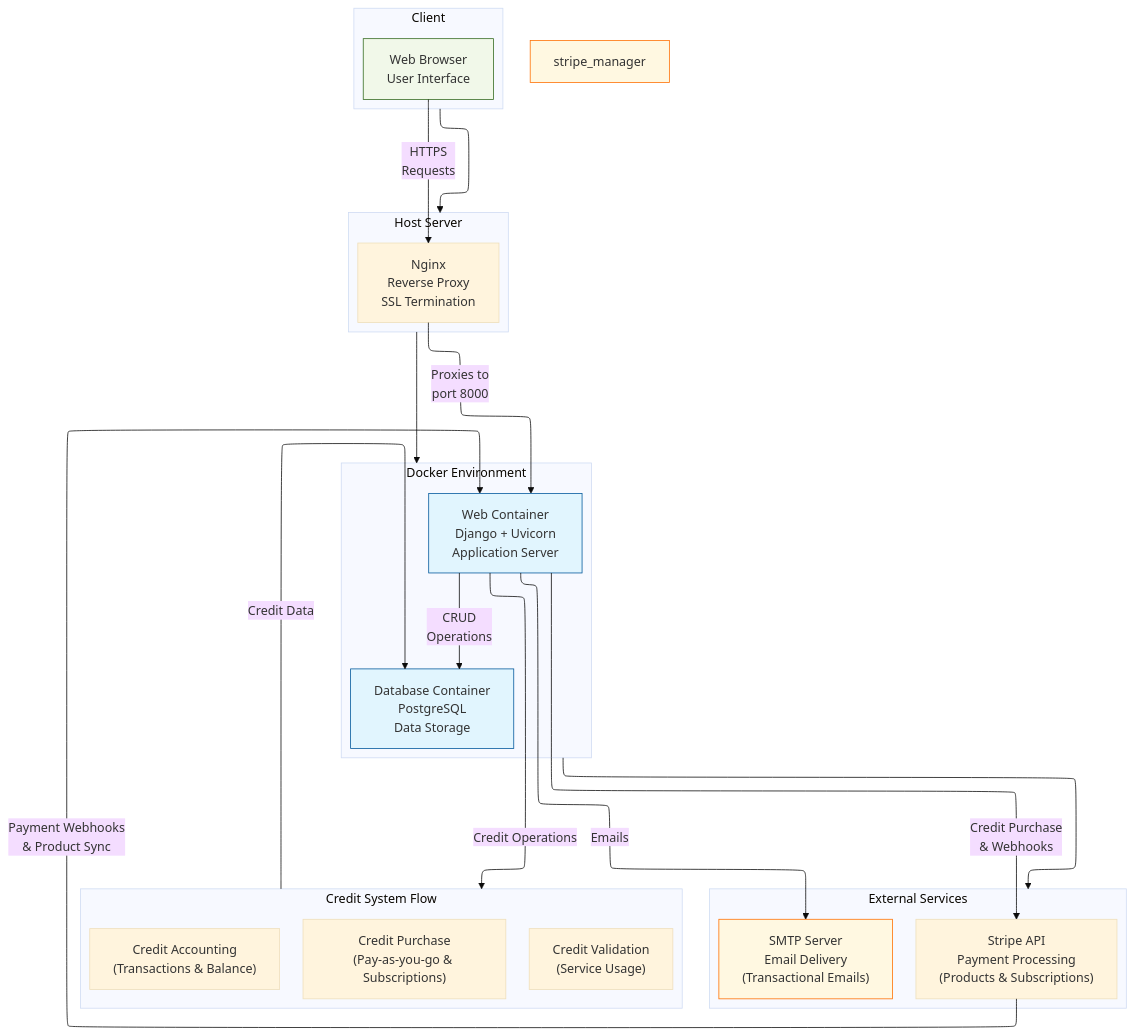
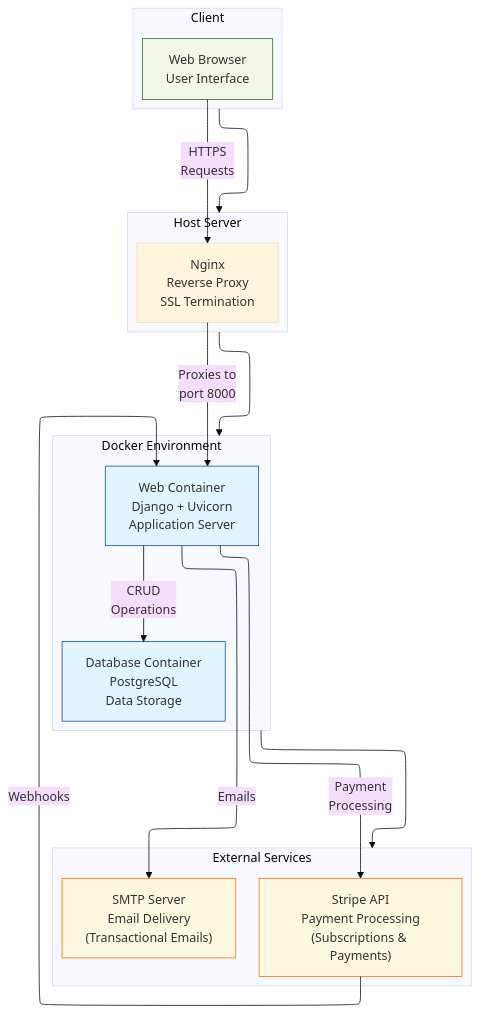
Before and after one commit to Experto-AI/quickscale: the third of 6 diagrams in TECHNICAL_DOCS.md, drawn with Mermaid (base theme). The commit also changed other lines of this file and 248 other files, not shown here.

````diff
--- a/TECHNICAL_DOCS.md
+++ b/TECHNICAL_DOCS.md
@@ -476,50 +315,42 @@
 ```mermaid
 ---
 config:
   layout: elk
 ---
 flowchart TD
  subgraph Client["Client"]
         browser["Web Browser<br>User Interface"]
   end
  subgraph Host["Host Server"]
     direction TB
         nginx["Nginx<br>Reverse Proxy<br>SSL Termination"]
   end
  subgraph Docker["Docker Environment"]
     direction TB
         web["Web Container<br>Django + Uvicorn<br>Application Server"]
         db["Database Container<br>PostgreSQL<br>Data Storage"]
   end
  subgraph External["External Services"]
     direction TB
         smtp["SMTP Server<br>Email Delivery<br>(Transactional Emails)"]
-        stripe_api["Stripe API<br>Payment Processing<br>(Products & Subscriptions)"]
-  end
- subgraph CreditSystem["Credit System Flow"]
-    direction TB
-        credit_purchase["Credit Purchase<br>(Pay-as-you-go & Subscriptions)"]
-        credit_validation["Credit Validation<br>(Service Usage)"]
-        credit_accounting["Credit Accounting<br>(Transactions & Balance)"]
+        stripe["Stripe API<br>Payment Processing<br>(Subscriptions &amp; Payments)"]
   end
     web -- CRUD<br>Operations --> db
     Client --> Host
     Host --> Docker
     Docker --> External
     browser -- HTTPS<br>Requests --> nginx
     nginx -- Proxies to<br>port 8000 --> web
     web -- Emails --> smtp
-    web -- Credit Purchase<br>& Webhooks --> stripe_api
-    stripe_api -- Payment Webhooks<br>& Product Sync --> web
-    web -- Credit Operations --> CreditSystem
-    CreditSystem -- Credit Data --> db
+    web -- Payment<br>Processing --> stripe
+    stripe -- Webhooks --> web
      browser:::client
      web:::container
      db:::container
      smtp:::external
-     stripe_manager:::external
+     stripe:::external
     classDef container fill:#e1f5fe,stroke:#01579b,stroke-width:1px
     classDef external fill:#fff8e1,stroke:#ff6f00,stroke-width:1px
     classDef client fill:#f1f8e9,stroke:#33691e,stroke-width:1px
 
 ```
````
